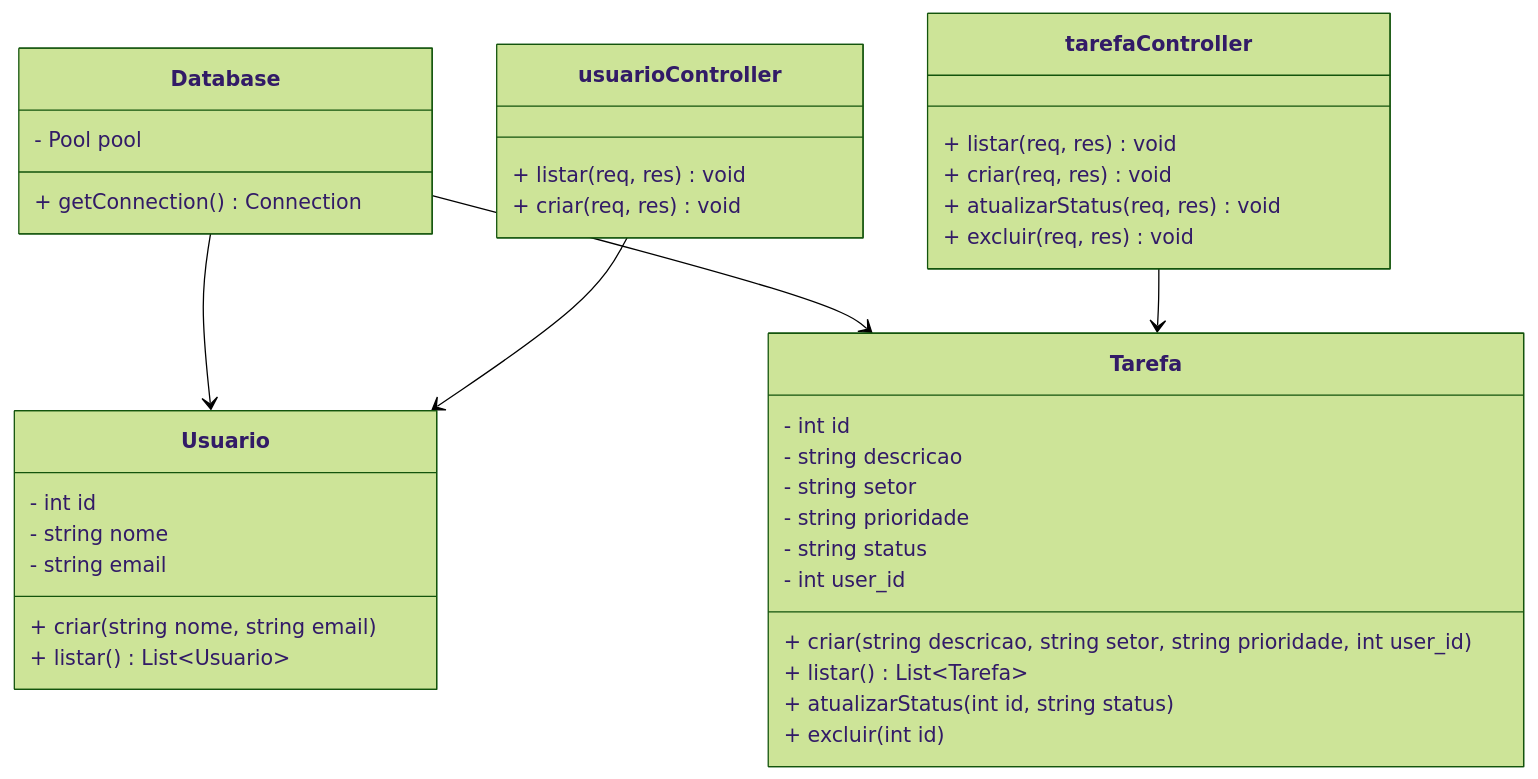
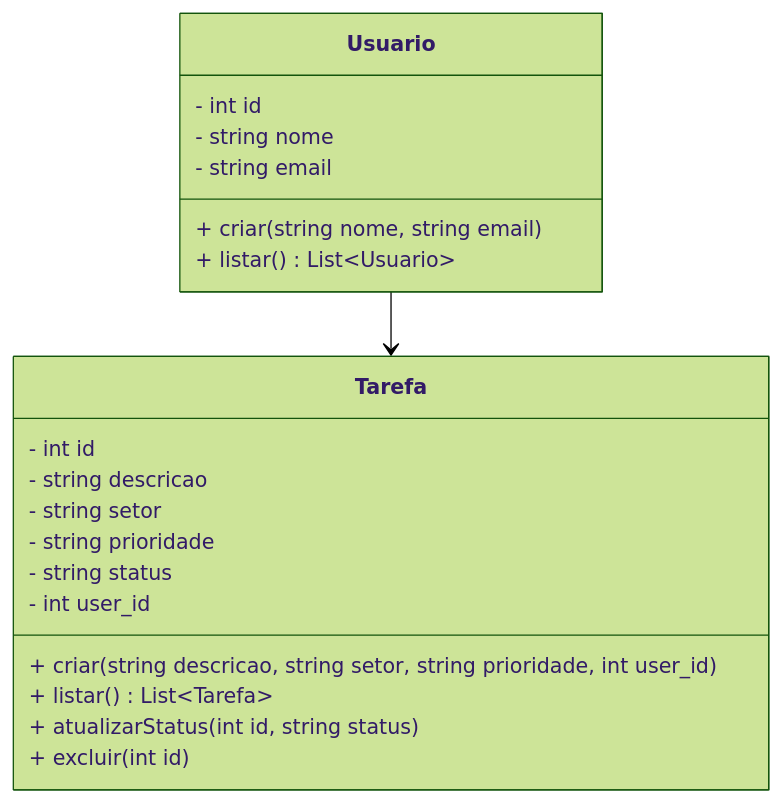
One commit to Diogotb/SaepPratica changed the first of 2 diagrams in gerenciador-tarefas-node/README.md. Above: the diagram before and after it, drawn with Mermaid (forest theme). The commit also changed other lines of this file, not shown here.

````diff
--- a/gerenciador-tarefas-node/README.md
+++ b/gerenciador-tarefas-node/README.md
@@ -13,45 +14,26 @@
 ```mermaid
 classDiagram
     class Usuario {
         - int id
         - string nome
         - string email
         + criar(string nome, string email)
         + listar() List~Usuario~
     }
 
     class Tarefa {
         - int id
         - string descricao
         - string setor
         - string prioridade
         - string status
         - int user_id
         + criar(string descricao, string setor, string prioridade, int user_id)
         + listar() List~Tarefa~
         + atualizarStatus(int id, string status)
         + excluir(int id)
     }
 
-    class Database {
-        - Pool pool
-        + getConnection() Connection
-    }
 
-    class usuarioController {
-        + listar(req, res) void
-        + criar(req, res) void
-    }
-
-    class tarefaController {
-        + listar(req, res) void
-        + criar(req, res) void
-        + atualizarStatus(req, res) void
-        + excluir(req, res) void
-    }
-
-    Database --> Usuario
-    Database --> Tarefa
-    usuarioController --> Usuario
-    tarefaController --> Tarefa
+    Usuario --> Tarefa
 ```
````
